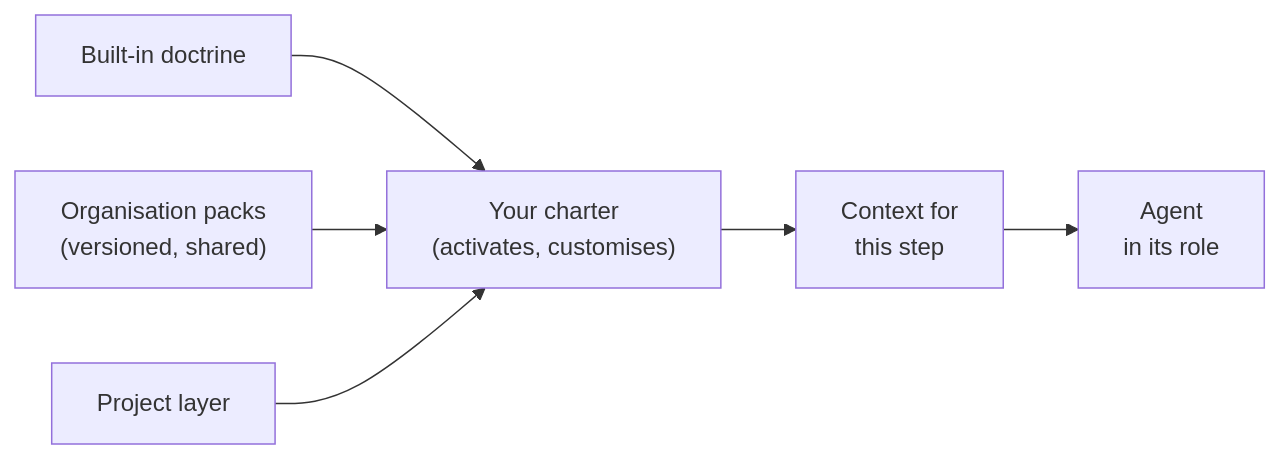
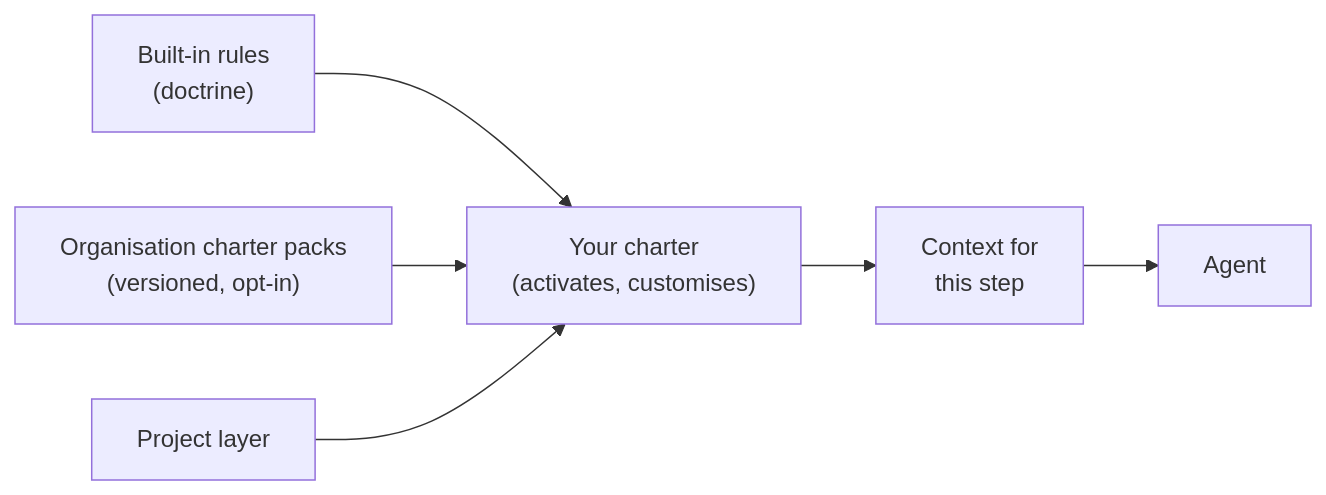
The third of 4 diagrams in docs/presentations/spec-kitty-first-mission.md (sddevelopment-be/socratesbe_26_secondbrain), drawn with Mermaid before and after one commit. The commit also changed other lines of this file and 2 other files, not shown here.

````diff
--- a/docs/presentations/spec-kitty-first-mission.md
+++ b/docs/presentations/spec-kitty-first-mission.md
@@ -188,9 +182,9 @@
 ```mermaid
 %% title: How the charter reaches an agent
-%% description: Built-in doctrine, versioned organisation packs and the project's own layer feed the project charter, which activates and customises them. For each step, the charter yields just the relevant context for the agent in its current role.
+%% description: Built-in rules, opt-in organisation charter packs and the project's own layer feed the project charter, which activates and customises them. For each step, the charter yields just the relevant context for the agent.
 flowchart LR
-  B[Built-in doctrine] --> CH
-  O["Organisation packs<br/>(versioned, shared)"] --> CH
+  B["Built-in rules<br/>(doctrine)"] --> CH
+  O["Organisation charter packs<br/>(versioned, opt-in)"] --> CH
   PR["Project layer"] --> CH
-  CH["Your charter<br/>(activates, customises)"] --> X["Context for<br/>this step"] --> AG["Agent<br/>in its role"]
+  CH["Your charter<br/>(activates, customises)"] --> X["Context for<br/>this step"] --> AG[Agent]
 ```
````
